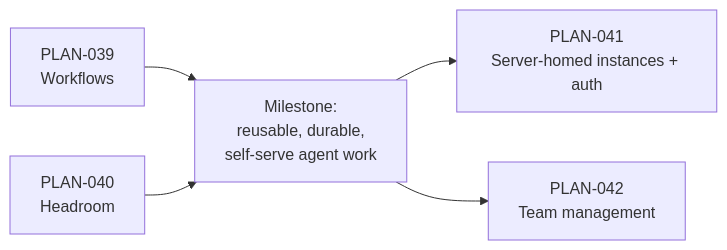
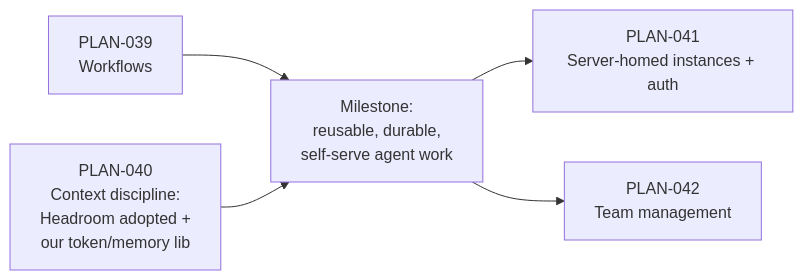
One commit to Swagatar-LLC/vorno changed the diagram in roadmap/directions/05-workflows-and-headroom.md. Above: the diagram before and after it, drawn with Mermaid. The commit also changed other lines of this file and 5 other files, not shown here.

First line of the commit message:
roadmap: PLAN-040 reframed — Headroom is adopted supply chain, not our name

````diff
--- a/roadmap/directions/05-workflows-and-headroom.md
+++ b/roadmap/directions/05-workflows-and-headroom.md
@@ -61,7 +68,7 @@
 ```mermaid
 graph LR
     A[PLAN-039<br/>Workflows] --> M[Milestone:<br/>reusable, durable,<br/>self-serve agent work]
-    B[PLAN-040<br/>Headroom] --> M
+    B[PLAN-040<br/>Context discipline:<br/>Headroom adopted +<br/>our token/memory lib] --> M
     M --> C[PLAN-041<br/>Server-homed instances + auth]
     M --> D[PLAN-042<br/>Team management]
 ```
````
